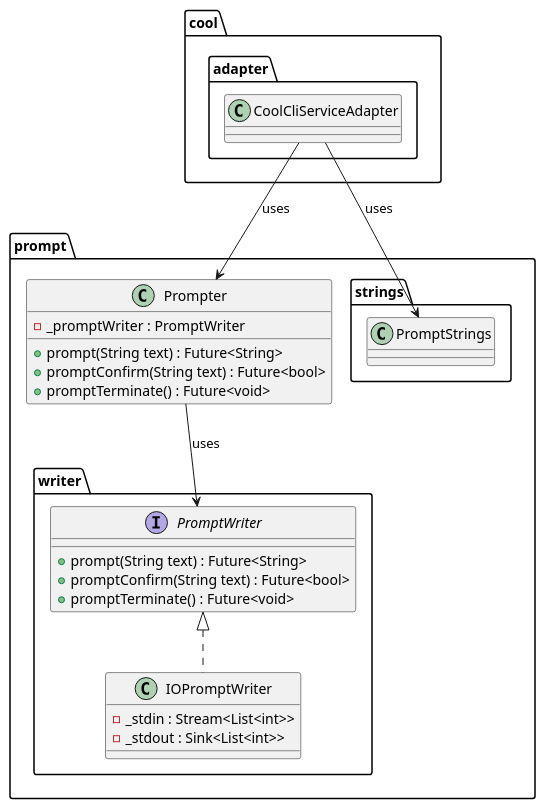
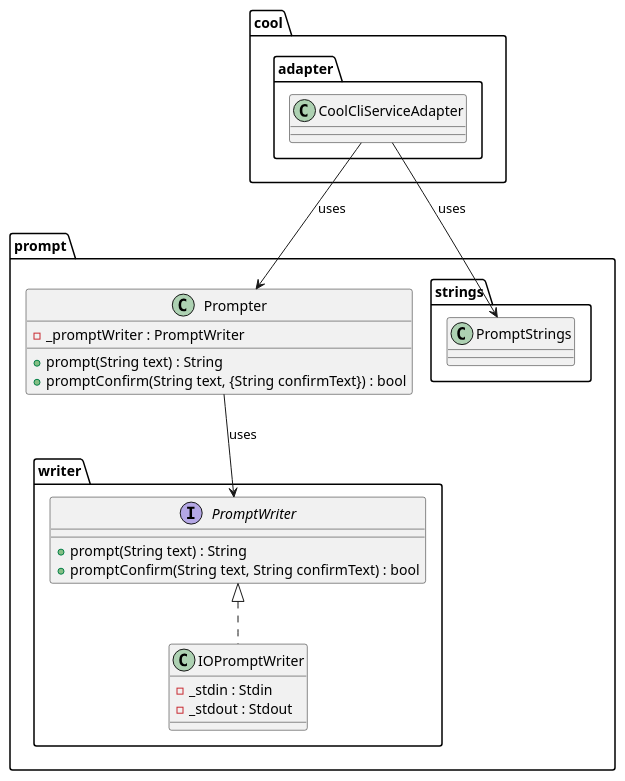
One commit to Flank/flank-dashboard changed the diagram in metrics/cli/docs/diagrams/prompt_class_diagram.puml. Above: the diagram before and after it, drawn with PlantUML. The commit also changed 6 other files, not shown here.

```diff
--- a/metrics/cli/docs/diagrams/prompt_class_diagram.puml
+++ b/metrics/cli/docs/diagrams/prompt_class_diagram.puml
@@ -1,40 +1,38 @@
 @startuml prompt_class_diagram
 
 package prompt {
     package writer {
         interface PromptWriter {
-            + prompt(String text) : Future<String>
-            + promptConfirm(String text) : Future<bool>
-            + promptTerminate() : Future<void>
+            + prompt(String text) : String
+            + promptConfirm(String text, String confirmText) : bool
         }
 
         class IOPromptWriter implements PromptWriter{
-            - _stdin : Stream<List<int>>
-            - _stdout : Sink<List<int>>
+            - _stdin : Stdin
+            - _stdout : Stdout
         }
     }
 
     package strings {
         class PromptStrings{}
     }
 
     class Prompter {
         - _promptWriter : PromptWriter
-        + prompt(String text) : Future<String>
-        + promptConfirm(String text) : Future<bool>
-        + promptTerminate() : Future<void>
+        + prompt(String text) : String
+        + promptConfirm(String text, {String confirmText}) : bool
     }
 }
 
 package cool.adapter {
     class CoolCliServiceAdapter {
 
     }
 }
 
 Prompter --> PromptWriter : uses
 
 CoolCliServiceAdapter --> Prompter : uses
 CoolCliServiceAdapter --> PromptStrings : uses
 
 @enduml
```
